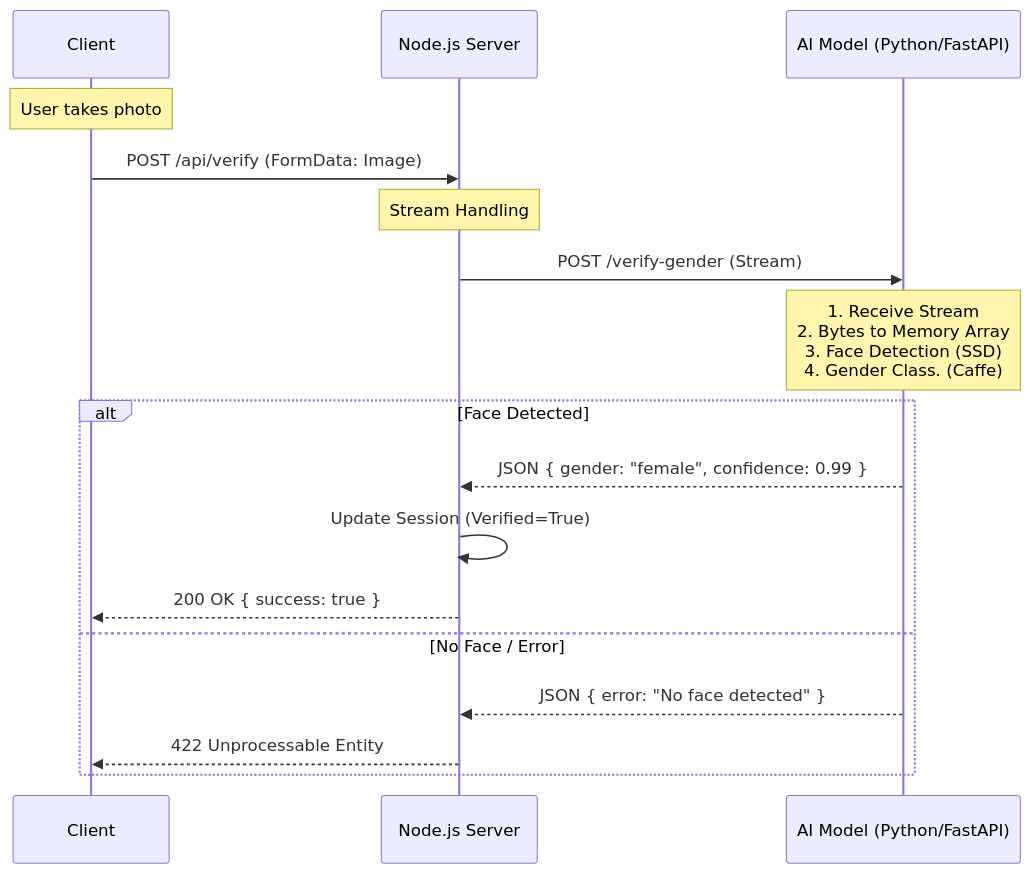
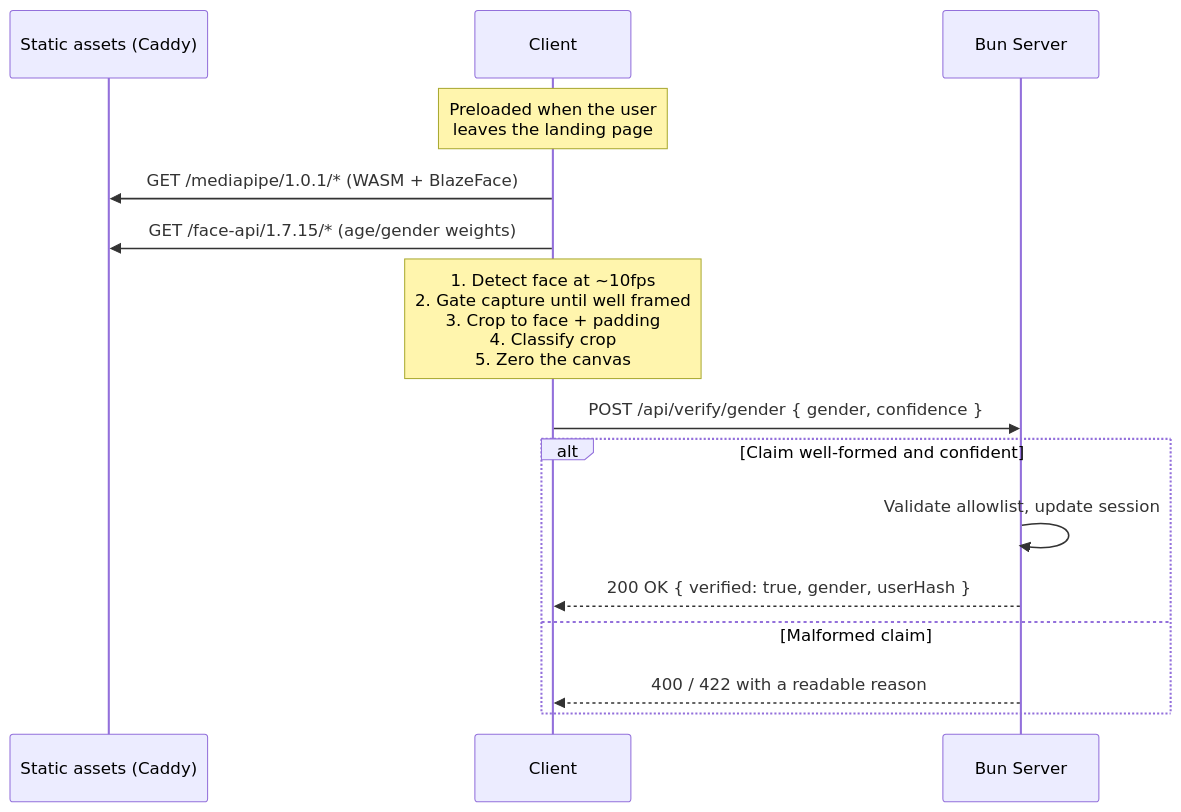
One commit to devyanshnandeshwar/ghostly-app changed the fourth of 4 diagrams in DOCUMENTATION.md. Above: the diagram before and after it, drawn with Mermaid. The commit also changed other lines of this file and 8 other files, not shown here.

````diff
--- a/DOCUMENTATION.md
+++ b/DOCUMENTATION.md
@@ -202,23 +220,21 @@
 ```mermaid
 sequenceDiagram
+    participant Assets as Static assets (Caddy)
     participant Client
-    participant Server as Node.js Server
-    participant AI as AI Model (Python/FastAPI)
+    participant Server as Bun Server
 
-    Note over Client: User takes photo
-    Client->>Server: POST /api/verify (FormData: Image)
+    Note over Client: Preloaded when the user<br/>leaves the landing page
+    Client->>Assets: GET /mediapipe/1.0.1/* (WASM + BlazeFace)
+    Client->>Assets: GET /face-api/1.7.15/* (age/gender weights)
 
-    Note over Server: Stream Handling
-    Server->>AI: POST /verify-gender (Stream)
+    Note over Client: 1. Detect face at ~10fps<br/>2. Gate capture until well framed<br/>3. Crop to face + padding<br/>4. Classify crop<br/>5. Zero the canvas
 
-    Note over AI: 1. Receive Stream<br/>2. Bytes to Memory Array<br/>3. Face Detection (SSD)<br/>4. Gender Class. (Caffe)
+    Client->>Server: POST /api/verify/gender { gender, confidence }
 
-    alt Face Detected
-        AI-->>Server: JSON { gender: "female", confidence: 0.99 }
-        Server->>Server: Update Session (Verified=True)
-        Server-->>Client: 200 OK { success: true }
-    else No Face / Error
-        AI-->>Server: JSON { error: "No face detected" }
-        Server-->>Client: 422 Unprocessable Entity
+    alt Claim well-formed and confident
+        Server->>Server: Validate allowlist, update session
+        Server-->>Client: 200 OK { verified: true, gender, userHash }
+    else Malformed claim
+        Server-->>Client: 400 / 422 with a readable reason
     end
 ```
````
